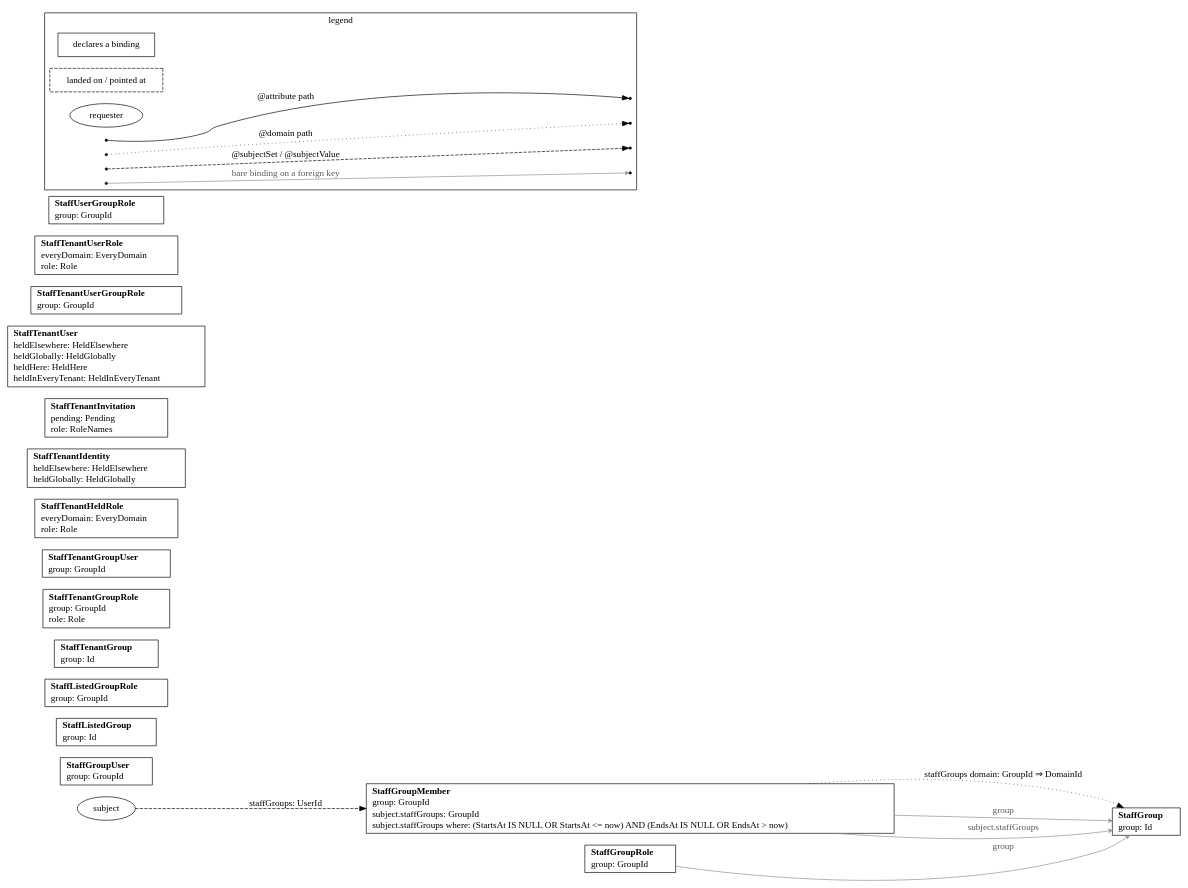
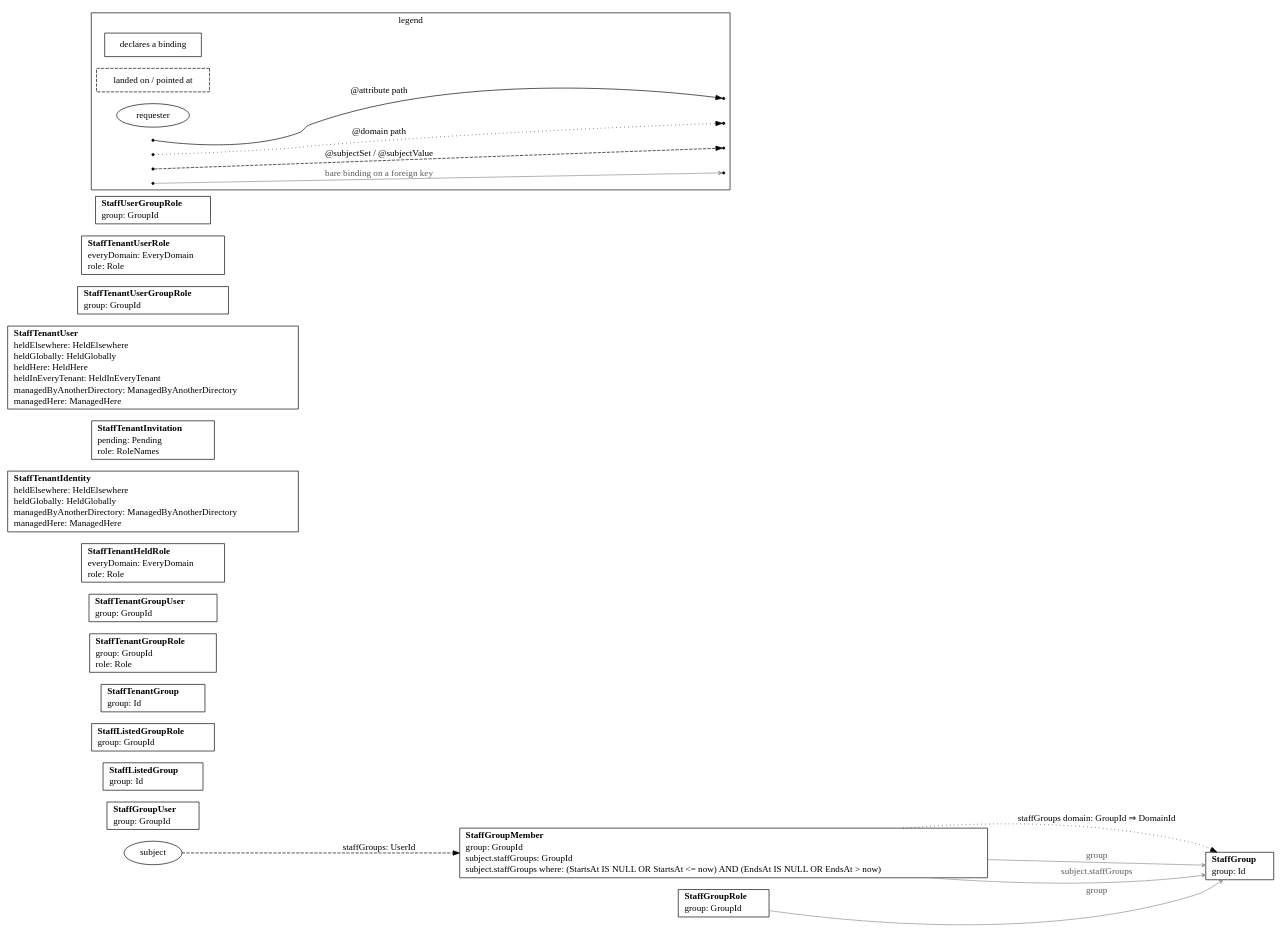
The diagram in cmd/impulse/internal/skeleton/_candidates/sites/apps/console/pkg/resources/zz_gen_bindings.dot (impulseframework/impulse), drawn with Graphviz before and after one commit. The commit also changed 145 other files, not shown here.

Commit message:
feature: a tenant's lists say whether the tenant manages each account, and a tenant with a directory lists everyone who signs in through it

```diff
--- a/cmd/impulse/internal/skeleton/_candidates/sites/apps/console/pkg/resources/zz_gen_bindings.dot
+++ b/cmd/impulse/internal/skeleton/_candidates/sites/apps/console/pkg/resources/zz_gen_bindings.dot
@@ -1,62 +1,62 @@
 // Code generated by resourcegeneration. DO NOT EDIT.
 // Bindings: every attribute and subject binding this package declares. A box per
 // declaring resource lists its bare bindings as `name: column`; dashed boxes are
 // the tables a path lands on or a foreign key points at; the subject ellipse is
 // the requester, entering each anchor once with every name it yields there. One
 // edge per hop, drawn once however many paths share it: solid for @attribute,
 // dotted for @domain, dashed for a subject binding, labeled `name: column` on a
 // continuing hop and `name: column ⇒ column` where the path terminates; a thin
 // gray edge points a bare binding on a foreign key at its table. Facts only: no
 // grant or condition is drawn.
 // A subject set that writes a who: or a where: part lists each under the set, in
 // the columns' names: who: says which rows are the requester's, where: which of
 // those rows count. A set that builds on another is a dashed edge from the
 // resource declaring that other set, labeled `name: column IN subject.other`.
 // A subject set that writes a domain: part says where its rows' tenant is found,
 // and in a request with a tenant the set holds that tenant's rows alone. The path
 // is drawn dotted, as @domain's is, under the set's name: `name domain: column` on
 // a continuing hop and `name domain: column ⇒ column` where it reads the tenant.
 digraph Bindings {
 	rankdir=LR;
 	node [shape=box];
 	"StaffGroup" [label=<<table border="0" cellborder="0" cellspacing="0" cellpadding="1"><tr><td align="left"><b>StaffGroup</b></td></tr><tr><td align="left">group: Id</td></tr></table>>];
 	"StaffGroupMember" [label=<<table border="0" cellborder="0" cellspacing="0" cellpadding="1"><tr><td align="left"><b>StaffGroupMember</b></td></tr><tr><td align="left">group: GroupId</td></tr><tr><td align="left">subject.staffGroups: GroupId</td></tr><tr><td align="left">subject.staffGroups where: (StartsAt IS NULL OR StartsAt &lt;= now) AND (EndsAt IS NULL OR EndsAt &gt; now)</td></tr></table>>];
 	"StaffGroupRole" [label=<<table border="0" cellborder="0" cellspacing="0" cellpadding="1"><tr><td align="left"><b>StaffGroupRole</b></td></tr><tr><td align="left">group: GroupId</td></tr></table>>];
 	"StaffGroupUser" [label=<<table border="0" cellborder="0" cellspacing="0" cellpadding="1"><tr><td align="left"><b>StaffGroupUser</b></td></tr><tr><td align="left">group: GroupId</td></tr></table>>];
 	"StaffListedGroup" [label=<<table border="0" cellborder="0" cellspacing="0" cellpadding="1"><tr><td align="left"><b>StaffListedGroup</b></td></tr><tr><td align="left">group: Id</td></tr></table>>];
 	"StaffListedGroupRole" [label=<<table border="0" cellborder="0" cellspacing="0" cellpadding="1"><tr><td align="left"><b>StaffListedGroupRole</b></td></tr><tr><td align="left">group: GroupId</td></tr></table>>];
 	"StaffTenantGroup" [label=<<table border="0" cellborder="0" cellspacing="0" cellpadding="1"><tr><td align="left"><b>StaffTenantGroup</b></td></tr><tr><td align="left">group: Id</td></tr></table>>];
 	"StaffTenantGroupRole" [label=<<table border="0" cellborder="0" cellspacing="0" cellpadding="1"><tr><td align="left"><b>StaffTenantGroupRole</b></td></tr><tr><td align="left">group: GroupId</td></tr><tr><td align="left">role: Role</td></tr></table>>];
 	"StaffTenantGroupUser" [label=<<table border="0" cellborder="0" cellspacing="0" cellpadding="1"><tr><td align="left"><b>StaffTenantGroupUser</b></td></tr><tr><td align="left">group: GroupId</td></tr></table>>];
 	"StaffTenantHeldRole" [label=<<table border="0" cellborder="0" cellspacing="0" cellpadding="1"><tr><td align="left"><b>StaffTenantHeldRole</b></td></tr><tr><td align="left">everyDomain: EveryDomain</td></tr><tr><td align="left">role: Role</td></tr></table>>];
-	"StaffTenantIdentity" [label=<<table border="0" cellborder="0" cellspacing="0" cellpadding="1"><tr><td align="left"><b>StaffTenantIdentity</b></td></tr><tr><td align="left">heldElsewhere: HeldElsewhere</td></tr><tr><td align="left">heldGlobally: HeldGlobally</td></tr></table>>];
+	"StaffTenantIdentity" [label=<<table border="0" cellborder="0" cellspacing="0" cellpadding="1"><tr><td align="left"><b>StaffTenantIdentity</b></td></tr><tr><td align="left">heldElsewhere: HeldElsewhere</td></tr><tr><td align="left">heldGlobally: HeldGlobally</td></tr><tr><td align="left">managedByAnotherDirectory: ManagedByAnotherDirectory</td></tr><tr><td align="left">managedHere: ManagedHere</td></tr></table>>];
 	"StaffTenantInvitation" [label=<<table border="0" cellborder="0" cellspacing="0" cellpadding="1"><tr><td align="left"><b>StaffTenantInvitation</b></td></tr><tr><td align="left">pending: Pending</td></tr><tr><td align="left">role: RoleNames</td></tr></table>>];
-	"StaffTenantUser" [label=<<table border="0" cellborder="0" cellspacing="0" cellpadding="1"><tr><td align="left"><b>StaffTenantUser</b></td></tr><tr><td align="left">heldElsewhere: HeldElsewhere</td></tr><tr><td align="left">heldGlobally: HeldGlobally</td></tr><tr><td align="left">heldHere: HeldHere</td></tr><tr><td align="left">heldInEveryTenant: HeldInEveryTenant</td></tr></table>>];
+	"StaffTenantUser" [label=<<table border="0" cellborder="0" cellspacing="0" cellpadding="1"><tr><td align="left"><b>StaffTenantUser</b></td></tr><tr><td align="left">heldElsewhere: HeldElsewhere</td></tr><tr><td align="left">heldGlobally: HeldGlobally</td></tr><tr><td align="left">heldHere: HeldHere</td></tr><tr><td align="left">heldInEveryTenant: HeldInEveryTenant</td></tr><tr><td align="left">managedByAnotherDirectory: ManagedByAnotherDirectory</td></tr><tr><td align="left">managedHere: ManagedHere</td></tr></table>>];
 	"StaffTenantUserGroupRole" [label=<<table border="0" cellborder="0" cellspacing="0" cellpadding="1"><tr><td align="left"><b>StaffTenantUserGroupRole</b></td></tr><tr><td align="left">group: GroupId</td></tr></table>>];
 	"StaffTenantUserRole" [label=<<table border="0" cellborder="0" cellspacing="0" cellpadding="1"><tr><td align="left"><b>StaffTenantUserRole</b></td></tr><tr><td align="left">everyDomain: EveryDomain</td></tr><tr><td align="left">role: Role</td></tr></table>>];
 	"StaffUserGroupRole" [label=<<table border="0" cellborder="0" cellspacing="0" cellpadding="1"><tr><td align="left"><b>StaffUserGroupRole</b></td></tr><tr><td align="left">group: GroupId</td></tr></table>>];
 	"subject" [shape=ellipse];
 	"StaffGroupMember" -> "StaffGroup" [style=dotted, label="staffGroups domain: GroupId ⇒ DomainId"];
 	"subject" -> "StaffGroupMember" [style=dashed, label="staffGroups: UserId"];
 	"StaffGroupMember" -> "StaffGroup" [color=gray55, fontcolor=gray35, arrowhead=vee, arrowsize=0.6, label="group"];
 	"StaffGroupMember" -> "StaffGroup" [color=gray55, fontcolor=gray35, arrowhead=vee, arrowsize=0.6, label="subject.staffGroups"];
 	"StaffGroupRole" -> "StaffGroup" [color=gray55, fontcolor=gray35, arrowhead=vee, arrowsize=0.6, label="group"];
 	subgraph cluster_legend {
 		label="legend";
 		"declares a binding" [shape=box];
 		"landed on / pointed at" [shape=box, style=dashed];
 		"requester" [shape=ellipse];
 		"legend:attribute" [shape=point];
 		"legend:attribute:to" [shape=point];
 		"legend:domain" [shape=point];
 		"legend:domain:to" [shape=point];
 		"legend:subject" [shape=point];
 		"legend:subject:to" [shape=point];
 		"legend:reference" [shape=point];
 		"legend:reference:to" [shape=point];
 		"legend:attribute" -> "legend:attribute:to" [label="@attribute path"];
 		"legend:domain" -> "legend:domain:to" [style=dotted, label="@domain path"];
 		"legend:subject" -> "legend:subject:to" [style=dashed, label="@subjectSet / @subjectValue"];
 		"legend:reference" -> "legend:reference:to" [color=gray55, fontcolor=gray35, arrowhead=vee, arrowsize=0.6, label="bare binding on a foreign key"];
 	}
 }
```
